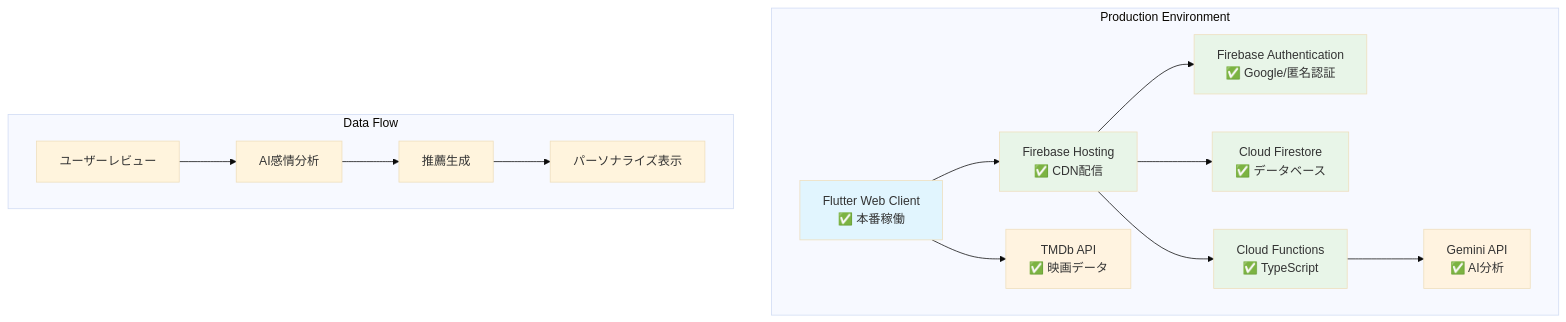
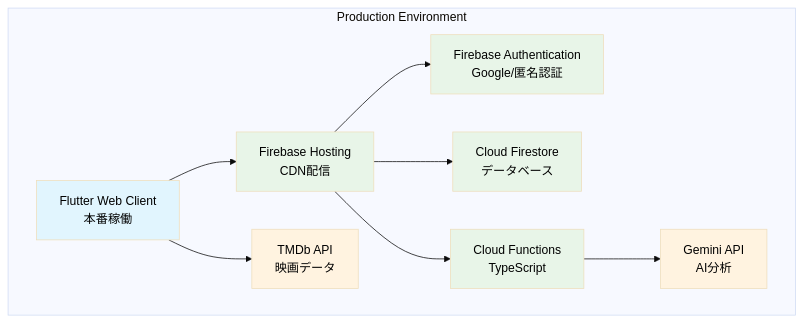
Before and after one commit to K0mork/intelligent-movie-recommendation-system: the first of 2 diagrams in docs/ZENN_ARTICLE.md, drawn with Mermaid (base theme). The commit also changed other lines of this file, not shown here.

````diff
--- a/docs/ZENN_ARTICLE.md
+++ b/docs/ZENN_ARTICLE.md
@@ -91,25 +50,19 @@
 ```mermaid
 graph TB
     subgraph "Production Environment"
-        A[Flutter Web Client<br/>✅ 本番稼働] --> B[Firebase Hosting<br/>✅ CDN配信]
-        B --> C[Firebase Authentication<br/>✅ Google/匿名認証]
-        B --> D[Cloud Firestore<br/>✅ データベース]
-        B --> E[Cloud Functions<br/>✅ TypeScript]
-        E --> F[Gemini API<br/>✅ AI分析]
-        A --> G[TMDb API<br/>✅ 映画データ]
+        A[Flutter Web Client<br/>本番稼働] --> B[Firebase Hosting<br/>CDN配信]
+        B --> C[Firebase Authentication<br/>Google/匿名認証]
+        B --> D[Cloud Firestore<br/>データベース]
+        B --> E[Cloud Functions<br/>TypeScript]
+        E --> F[Gemini API<br/>AI分析]
+        A --> G[TMDb API<br/>映画データ]
     end
 
-    subgraph "Data Flow"
-        H[ユーザーレビュー] --> I[AI感情分析]
-        I --> J[推薦生成]
-        J --> K[パーソナライズ表示]
-    end
-
-    style A fill:#e1f5fe
-    style B fill:#e8f5e8
-    style C fill:#e8f5e8
-    style D fill:#e8f5e8
-    style E fill:#e8f5e8
-    style F fill:#fff3e0
-    style G fill:#fff3e0
+    style A fill:#e1f5fe,color:#000;
+    style B fill:#e8f5e8,color:#000;
+    style C fill:#e8f5e8,color:#000;
+    style D fill:#e8f5e8,color:#000;
+    style E fill:#e8f5e8,color:#000;
+    style F fill:#fff3e0,color:#000;
+    style G fill:#fff3e0,color:#000;
 ```
````
